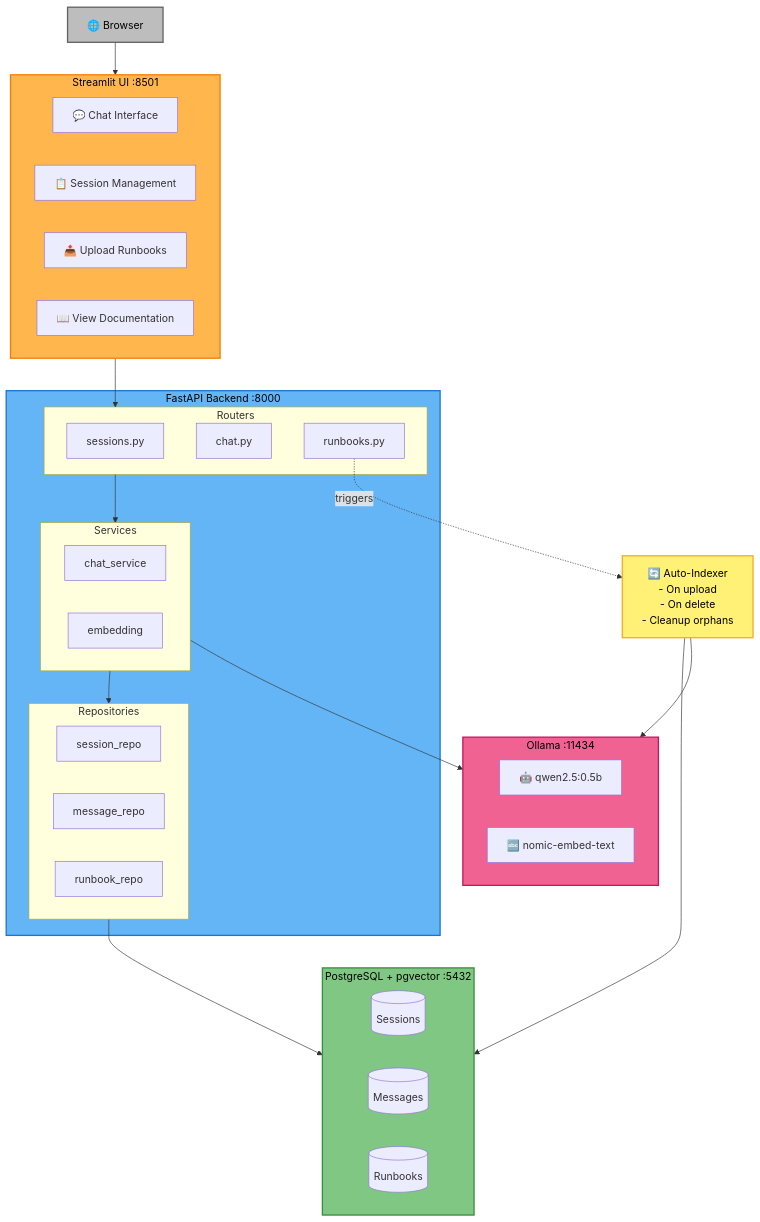
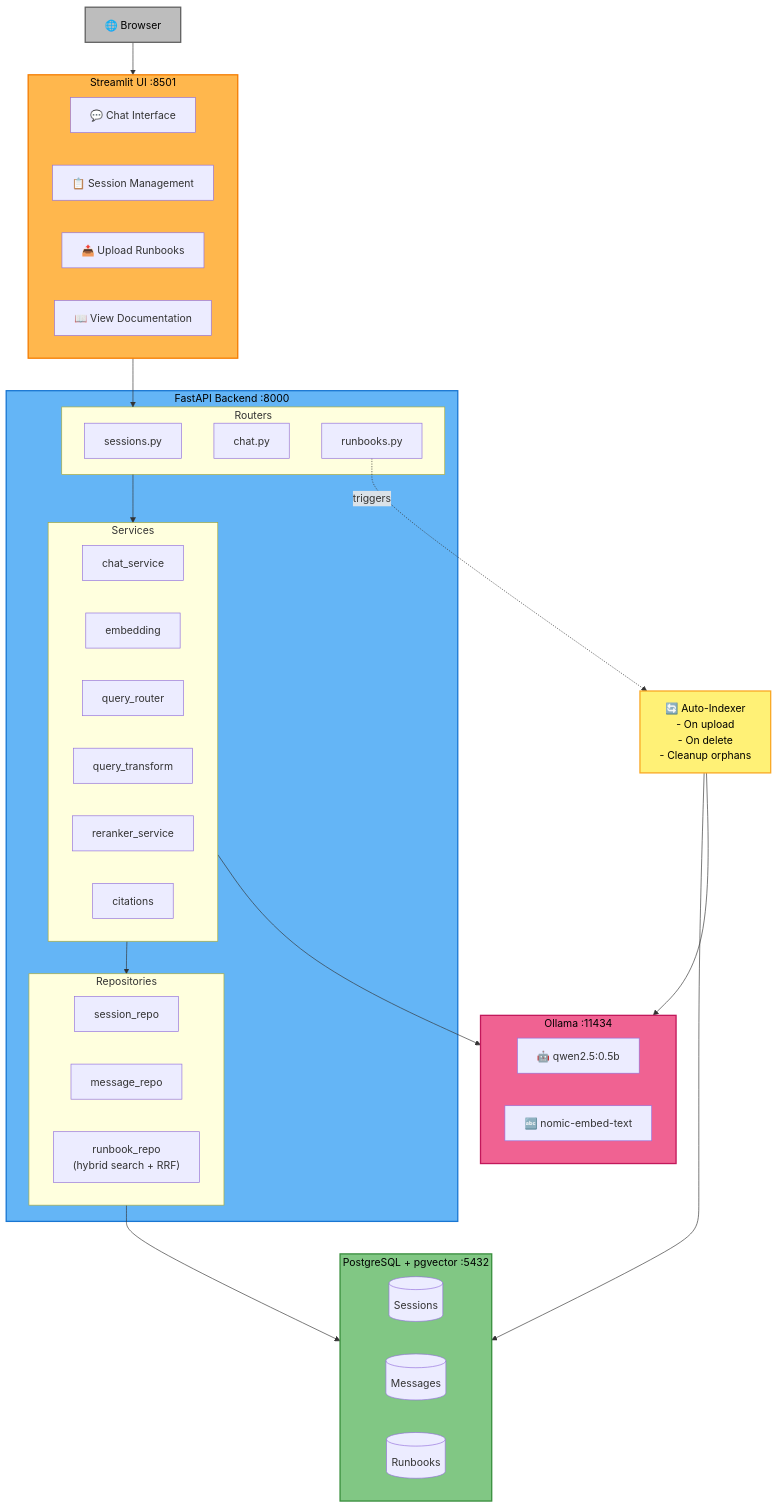
Before and after one commit to YonathanGuez/DocLocalAI: the diagram in README.md, drawn with Mermaid. The commit also changed other lines of this file and 7 other files, not shown here.

````diff
--- a/README.md
+++ b/README.md
@@ -120,60 +139,64 @@
 ```mermaid
 graph TB
     Browser[🌐 Browser]
 
     subgraph UI["Streamlit UI :8501"]
         Chat[💬 Chat Interface]
         Sessions[📋 Session Management]
         Upload[📤 Upload Runbooks]
         ViewDocs[📖 View Documentation]
     end
 
     subgraph Backend["FastAPI Backend :8000"]
         subgraph Routers
             SessionRouter[sessions.py]
             ChatRouter[chat.py]
             RunbookRouter[runbooks.py]
         end
 
         subgraph Services
             ChatService[chat_service]
             EmbeddingService[embedding]
+            QueryRouter[query_router]
+            QueryTransform[query_transform]
+            Reranker[reranker_service]
+            Citations[citations]
         end
 
         subgraph Repositories
             SessionRepo[session_repo]
             MessageRepo[message_repo]
-            RunbookRepo[runbook_repo]
+            RunbookRepo["runbook_repo<br/>(hybrid search + RRF)"]
         end
     end
 
     subgraph Database["PostgreSQL + pgvector :5432"]
         Sessions_DB[(Sessions)]
         Messages_DB[(Messages)]
         Runbooks_DB[(Runbooks)]
     end
 
     subgraph LLM["Ollama :11434"]
         Model[🤖 qwen2.5:0.5b]
         Embeddings[🔤 nomic-embed-text]
     end
 
     Indexer[🔄 Auto-Indexer<br/>- On upload<br/>- On delete<br/>- Cleanup orphans]
 
     Browser --> UI
     UI --> Routers
     Routers --> Services
     Services --> Repositories
     Repositories --> Database
     Services --> LLM
     RunbookRouter -.->|triggers| Indexer
     Indexer --> Database
     Indexer --> LLM
 
     style Browser fill:#bdbdbd,stroke:#616161,stroke-width:2px,color:#000
     style UI fill:#ffb74d,stroke:#f57c00,stroke-width:2px,color:#000
     style Backend fill:#64b5f6,stroke:#1976d2,stroke-width:2px,color:#000
     style Database fill:#81c784,stroke:#388e3c,stroke-width:2px,color:#000
     style LLM fill:#f06292,stroke:#c2185b,stroke-width:2px,color:#000
     style Indexer fill:#fff176,stroke:#f9a825,stroke-width:2px,color:#000
 ```
````
